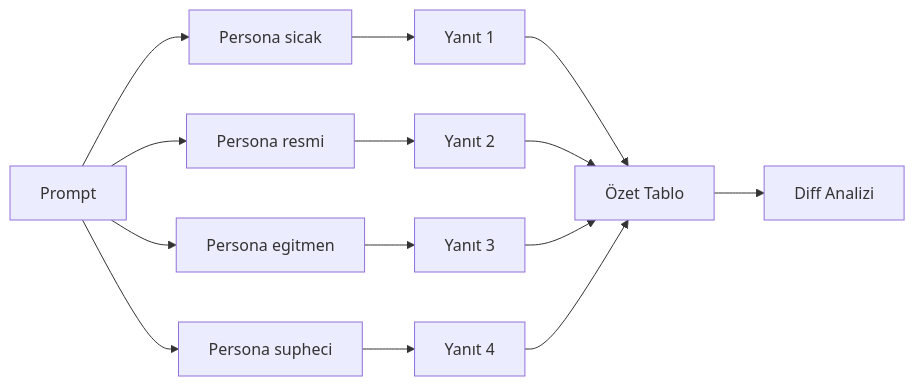
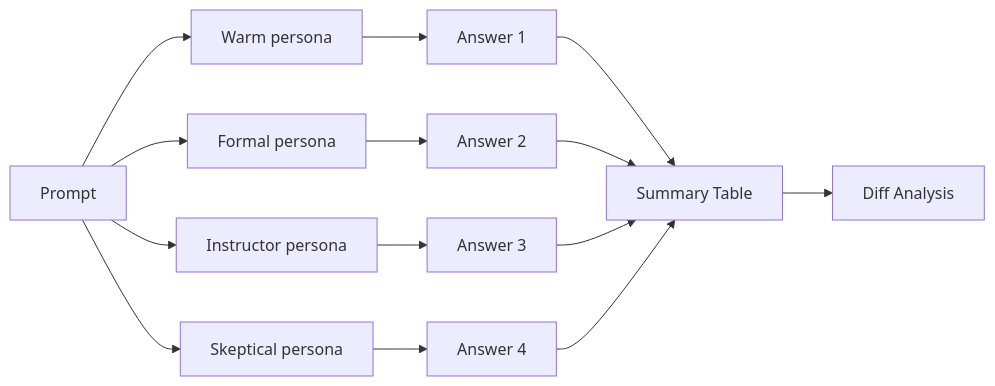
Before and after one commit to emredeveloper/Agents-Notebooks: the third of 4 diagrams in README.md, drawn with Mermaid. The commit also changed other lines of this file and 7 other files, not shown here.

````diff
--- a/README.md
+++ b/README.md
@@ -113,16 +113,16 @@
 ```mermaid
 flowchart LR
-    P[Prompt] --> F1[Persona sicak]
-    P --> F2[Persona resmi]
-    P --> F3[Persona egitmen]
-    P --> F4[Persona supheci]
-    F1 --> R1[Yanıt 1]
-    F2 --> R2[Yanıt 2]
-    F3 --> R3[Yanıt 3]
-    F4 --> R4[Yanıt 4]
-    R1 --> COL[Özet Tablo]
+    P[Prompt] --> F1[Warm persona]
+    P --> F2[Formal persona]
+    P --> F3[Instructor persona]
+    P --> F4[Skeptical persona]
+    F1 --> R1[Answer 1]
+    F2 --> R2[Answer 2]
+    F3 --> R3[Answer 3]
+    F4 --> R4[Answer 4]
+    R1 --> COL[Summary Table]
     R2 --> COL
     R3 --> COL
     R4 --> COL
-    COL --> DIFF[Diff Analizi]
+    COL --> DIFF[Diff Analysis]
 ```
````
